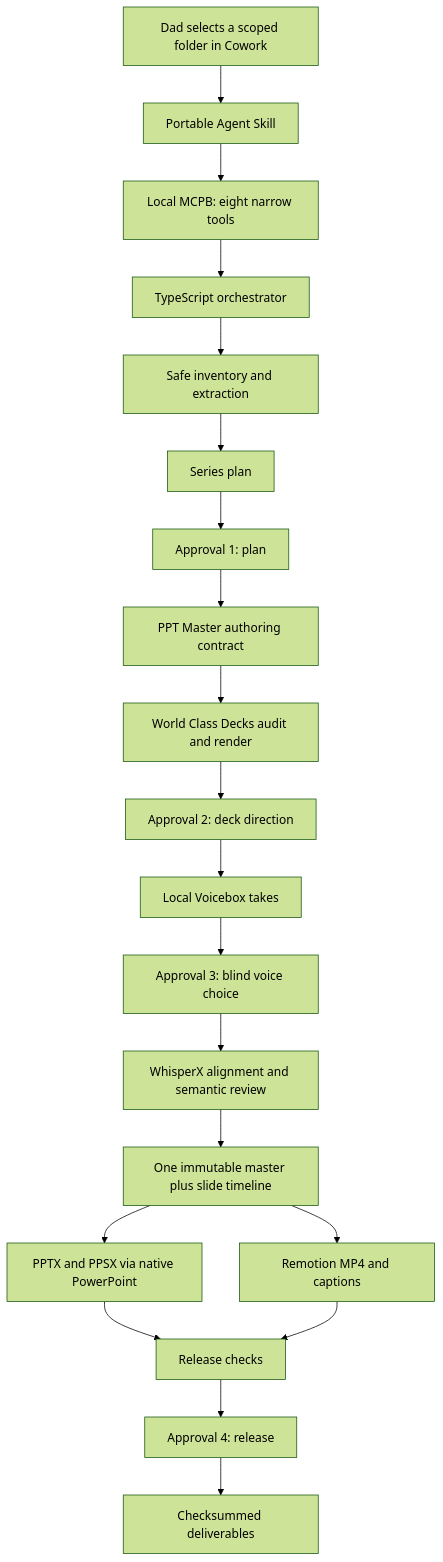
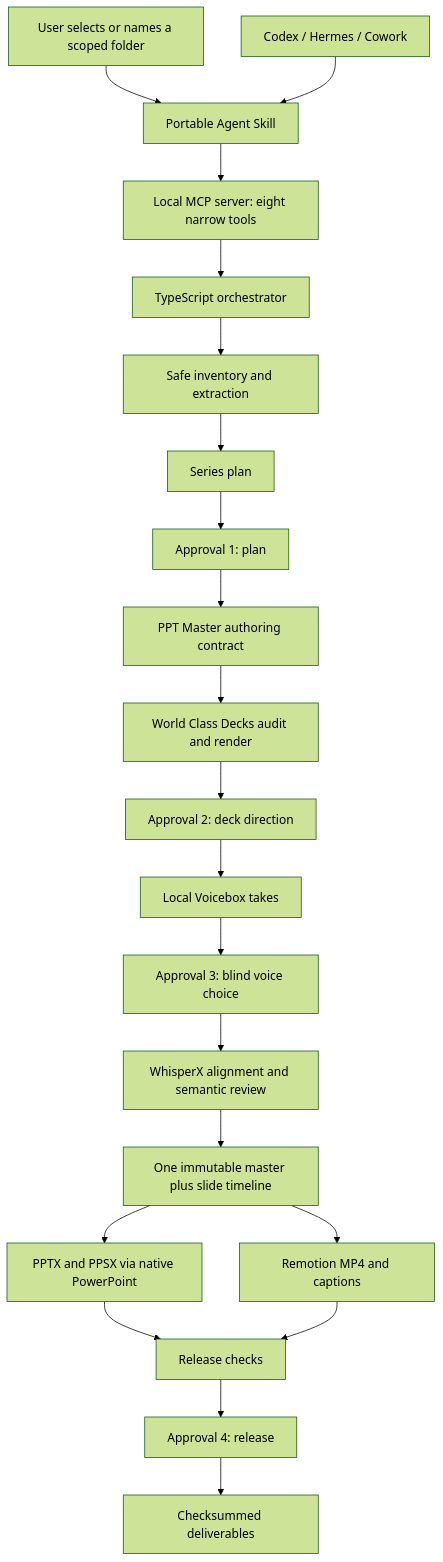
Before and after one commit to c-mongan/narrated-deck-studio: the diagram in docs/ARCHITECTURE.md, drawn with Mermaid (forest theme). The commit also changed other lines of this file and 33 other files, not shown here.

````diff
--- a/docs/ARCHITECTURE.md
+++ b/docs/ARCHITECTURE.md
@@ -3,22 +3,23 @@
 ```mermaid
 flowchart TD
-  A["Dad selects a scoped folder in Cowork"] --> B["Portable Agent Skill"]
-  B --> C["Local MCPB: eight narrow tools"]
+  A["User selects or names a scoped folder"] --> B["Portable Agent Skill"]
+  B --> C["Local MCP server: eight narrow tools"]
+  X["Codex / Hermes / Cowork"] --> B
   C --> D["TypeScript orchestrator"]
   D --> E["Safe inventory and extraction"]
   E --> F["Series plan"]
   F --> G["Approval 1: plan"]
   G --> H["PPT Master authoring contract"]
   H --> I["World Class Decks audit and render"]
   I --> J["Approval 2: deck direction"]
   J --> K["Local Voicebox takes"]
   K --> L["Approval 3: blind voice choice"]
   L --> M["WhisperX alignment and semantic review"]
   M --> N["One immutable master plus slide timeline"]
   N --> O["PPTX and PPSX via native PowerPoint"]
   N --> P["Remotion MP4 and captions"]
   O --> Q["Release checks"]
   P --> Q
   Q --> R["Approval 4: release"]
   R --> S["Checksummed deliverables"]
 ```
````
